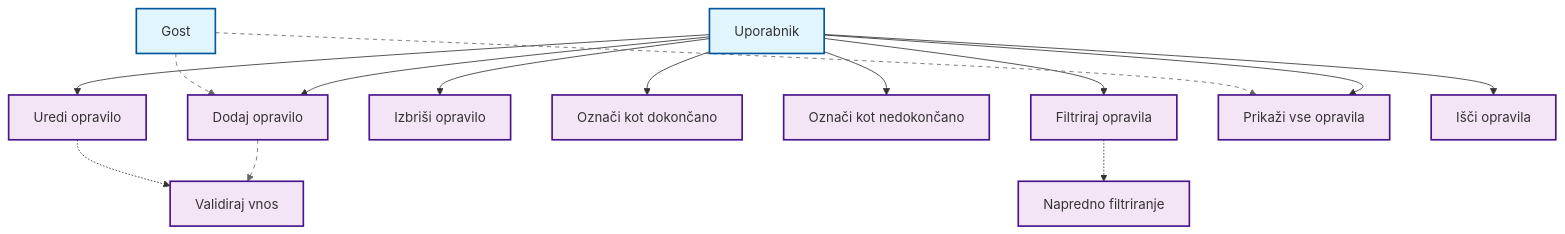
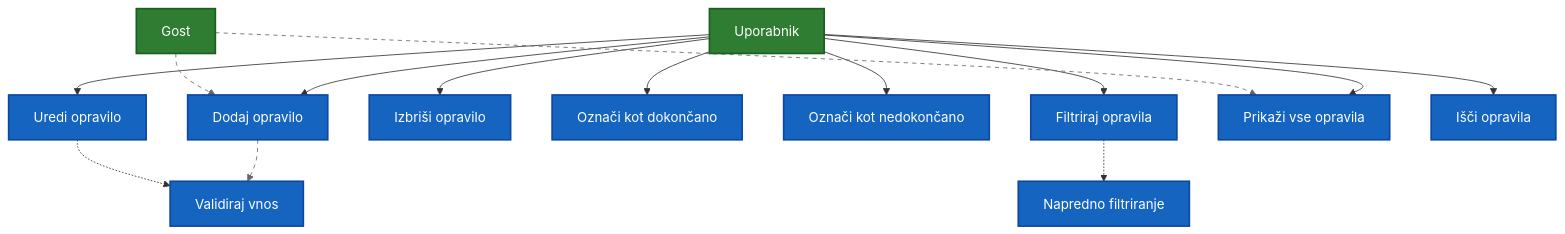
Before and after one commit to utro007/todo-app: the diagram in README.md, drawn with Mermaid.

````diff
--- a/README.md
+++ b/README.md
@@ -140,49 +140,49 @@
 ```mermaid
 graph TD
     %% Actors
     A1[Uporabnik]
     A2[Gost]
     
     %% Use Cases
     B1[Dodaj opravilo]
     B2[Uredi opravilo]
     B3[Izbriši opravilo]
     B4[Označi kot dokončano]
     B5[Označi kot nedokončano]
     B6[Filtriraj opravila]
     B7[Prikaži vse opravila]
     B8[Išči opravila]
     B9[Validiraj vnos]
     B10[Napredno filtriranje]
     
     %% Relationships
     A1 --> B1
     A1 --> B2
     A1 --> B3
     A1 --> B4
     A1 --> B5
     A1 --> B6
     A1 --> B7
     A1 --> B8
     
     A2 --> B1
     A2 --> B7
     
     %% Include relationships
     B1 -.-> B9
     B2 -.-> B9
     
     %% Extend relationship
     B6 -.-> B10
     
-    %% Styling
-    classDef actor fill:#e1f5fe,stroke:#01579b,stroke-width:2px
-    classDef useCase fill:#f3e5f5,stroke:#4a148c,stroke-width:2px
-    classDef include fill:#fff,stroke:#666,stroke-dasharray: 5 5
-    classDef extend fill:#fff,stroke:#666,stroke-dasharray: 5 5
+    %% Styling - improved colors for better readability
+    classDef actor fill:#2E7D32,stroke:#1B5E20,stroke-width:2px,color:#ffffff
+    classDef useCase fill:#1565C0,stroke:#0D47A1,stroke-width:2px,color:#ffffff
+    classDef include fill:#fff,stroke:#666,stroke-dasharray: 5 5,color:#000000
+    classDef extend fill:#fff,stroke:#666,stroke-dasharray: 5 5,color:#000000
     
     class A1,A2 actor
     class B1,B2,B3,B4,B5,B6,B7,B8,B9,B10 useCase
     linkStyle 8,9 stroke:#666,stroke-dasharray: 5 5
     linkStyle 10 stroke:#666,stroke-dasharray: 5 5
 ```
````
